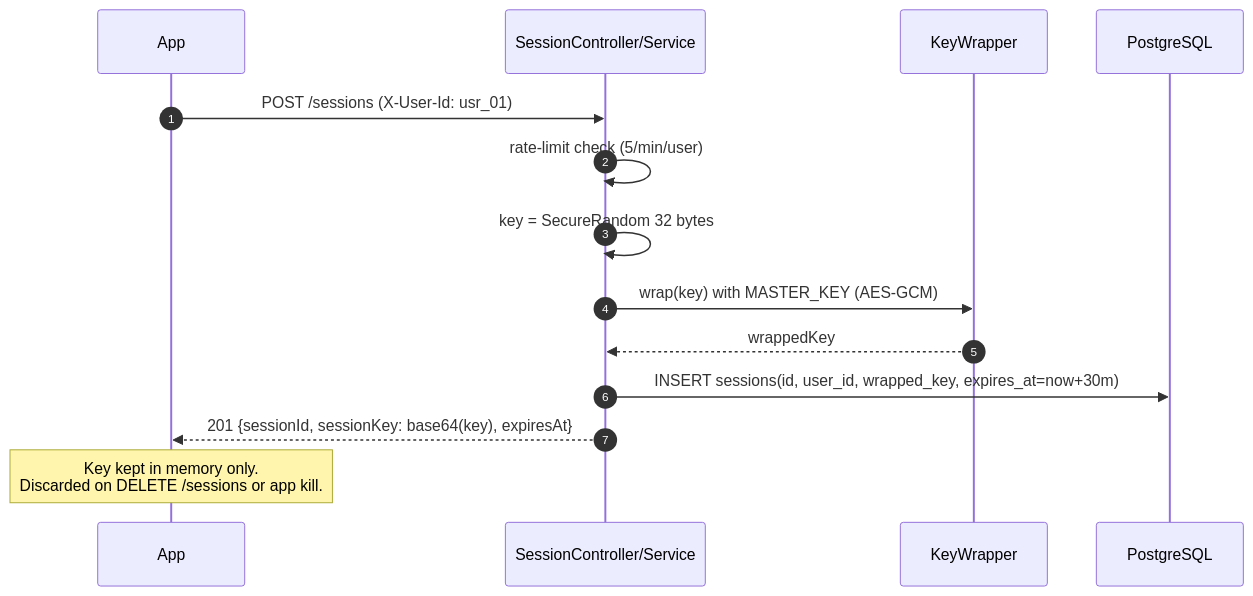
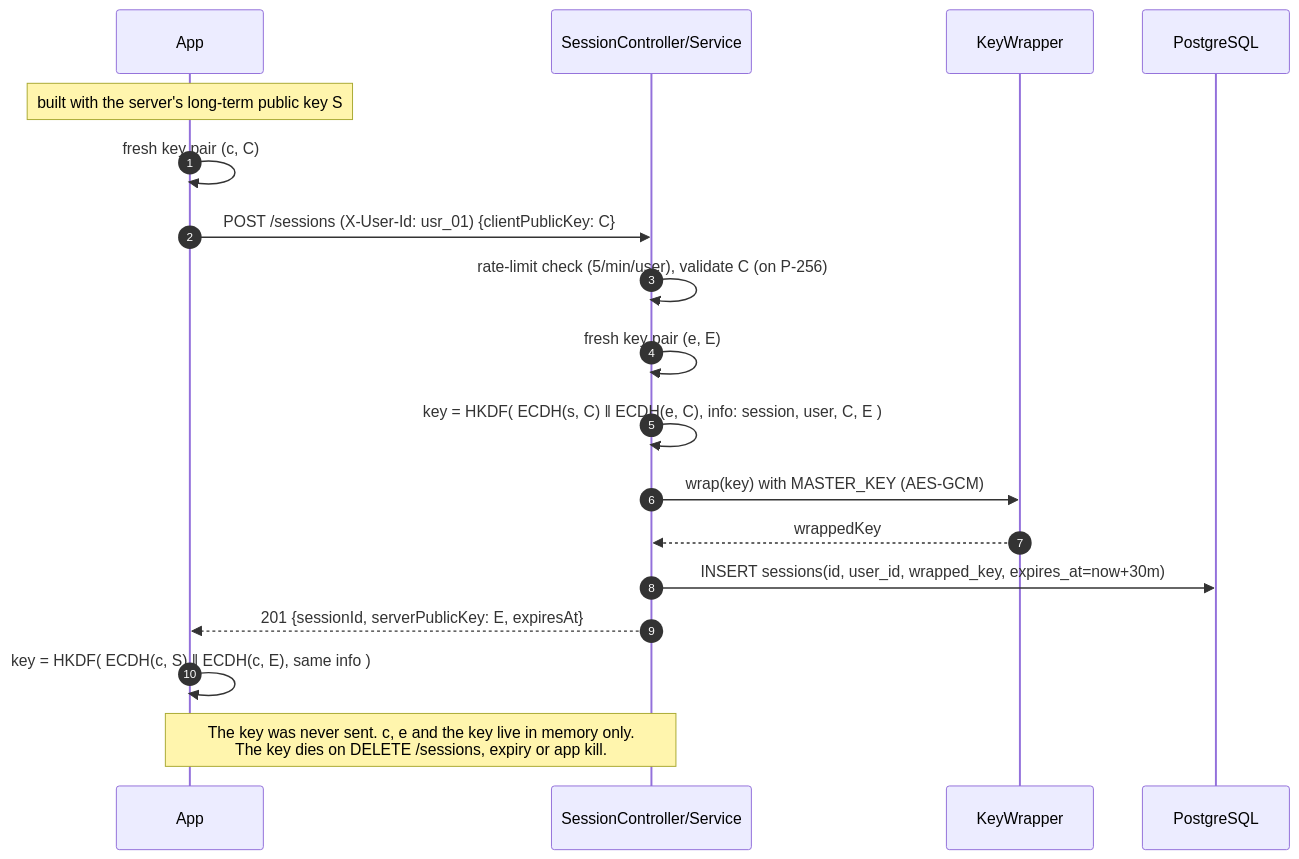
One commit to M-o-m-e-n/Momkn-pay-backend changed the fifth of 11 diagrams in docs/HLD.md. Above: the diagram before and after it, drawn with Mermaid. The commit also changed other lines of this file and 3 other files, not shown here.

First line of the commit message:
docs: record session key agreement in ADR-013 and the design docs

````diff
--- a/docs/HLD.md
+++ b/docs/HLD.md
@@ -240,17 +241,21 @@
 ```mermaid
 sequenceDiagram
     autonumber
     participant App
     participant API as SessionController/Service
     participant KW as KeyWrapper
     participant DB as PostgreSQL
 
-    App->>API: POST /sessions (X-User-Id: usr_01)
-    API->>API: rate-limit check (5/min/user)
-    API->>API: key = SecureRandom 32 bytes
+    Note over App: built with the server's long-term public key S
+    App->>App: fresh key pair (c, C)
+    App->>API: POST /sessions (X-User-Id: usr_01) {clientPublicKey: C}
+    API->>API: rate-limit check (5/min/user), validate C (on P-256)
+    API->>API: fresh key pair (e, E)
+    API->>API: key = HKDF( ECDH(s, C) ‖ ECDH(e, C), info: session, user, C, E )
     API->>KW: wrap(key) with MASTER_KEY (AES-GCM)
     KW-->>API: wrappedKey
     API->>DB: INSERT sessions(id, user_id, wrapped_key, expires_at=now+30m)
-    API-->>App: 201 {sessionId, sessionKey: base64(key), expiresAt}
-    Note over App: Key kept in memory only.<br/>Discarded on DELETE /sessions or app kill.
+    API-->>App: 201 {sessionId, serverPublicKey: E, expiresAt}
+    App->>App: key = HKDF( ECDH(c, S) ‖ ECDH(c, E), same info )
+    Note over App,API: The key was never sent. c, e and the key live in memory only.<br/>The key dies on DELETE /sessions, expiry or app kill.
 ```
````
